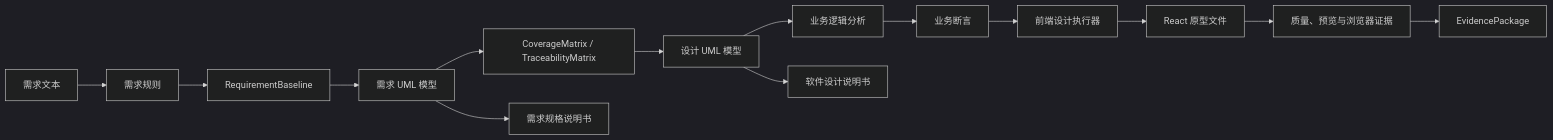
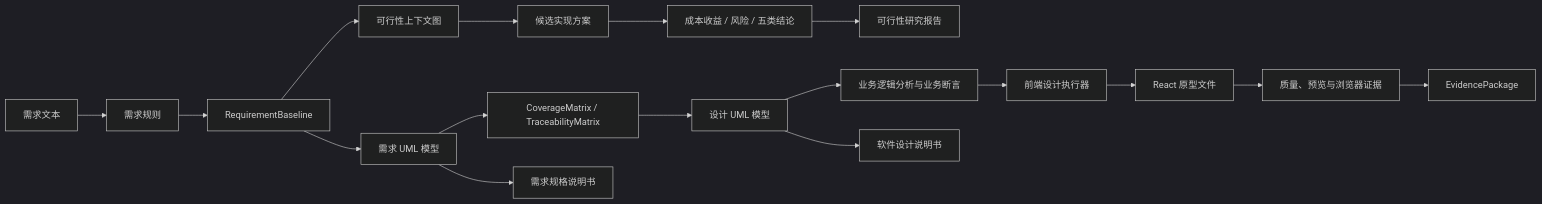
One commit to guolola/uml-experimental-platform changed the diagram in README.md. Above: the diagram before and after it, drawn with Mermaid (dark theme). The commit also changed other lines of this file and 55 other files, not shown here.

````diff
--- a/README.md
+++ b/README.md
@@ -113,16 +125,19 @@
 ```mermaid
 flowchart LR
   A["需求文本"] --> B["需求规则"]
   B --> C["RequirementBaseline"]
-  C --> D["需求 UML 模型"]
-  D --> E["CoverageMatrix / TraceabilityMatrix"]
-  E --> F["设计 UML 模型"]
-  F --> G["业务逻辑分析"]
-  G --> H["业务断言"]
-  H --> I["前端设计执行器"]
-  I --> J["React 原型文件"]
-  J --> K["质量、预览与浏览器证据"]
-  K --> L["EvidencePackage"]
-  D --> M["需求规格说明书"]
-  F --> N["软件设计说明书"]
+  C --> D["可行性上下文图"]
+  D --> E["候选实现方案"]
+  E --> F["成本收益 / 风险 / 五类结论"]
+  F --> G["可行性研究报告"]
+  C --> H["需求 UML 模型"]
+  H --> I["CoverageMatrix / TraceabilityMatrix"]
+  I --> J["设计 UML 模型"]
+  J --> K["业务逻辑分析与业务断言"]
+  K --> L["前端设计执行器"]
+  L --> M["React 原型文件"]
+  M --> N["质量、预览与浏览器证据"]
+  N --> O["EvidencePackage"]
+  H --> P["需求规格说明书"]
+  J --> Q["软件设计说明书"]
 ```
````
